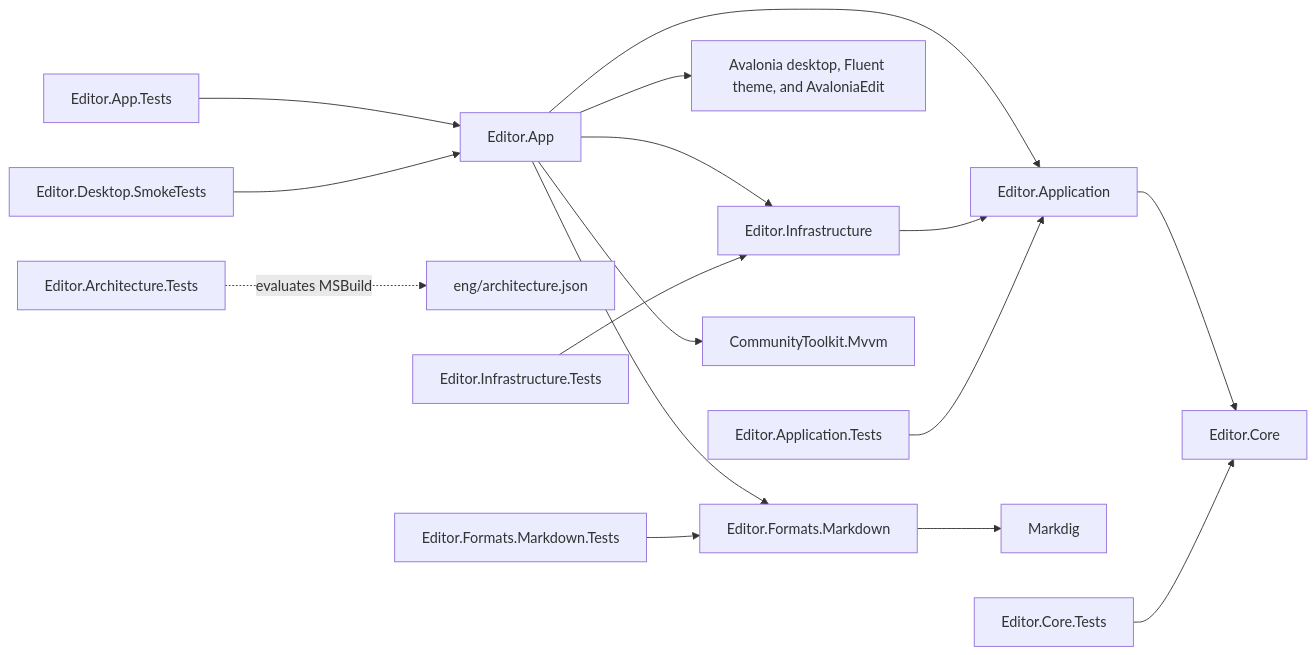
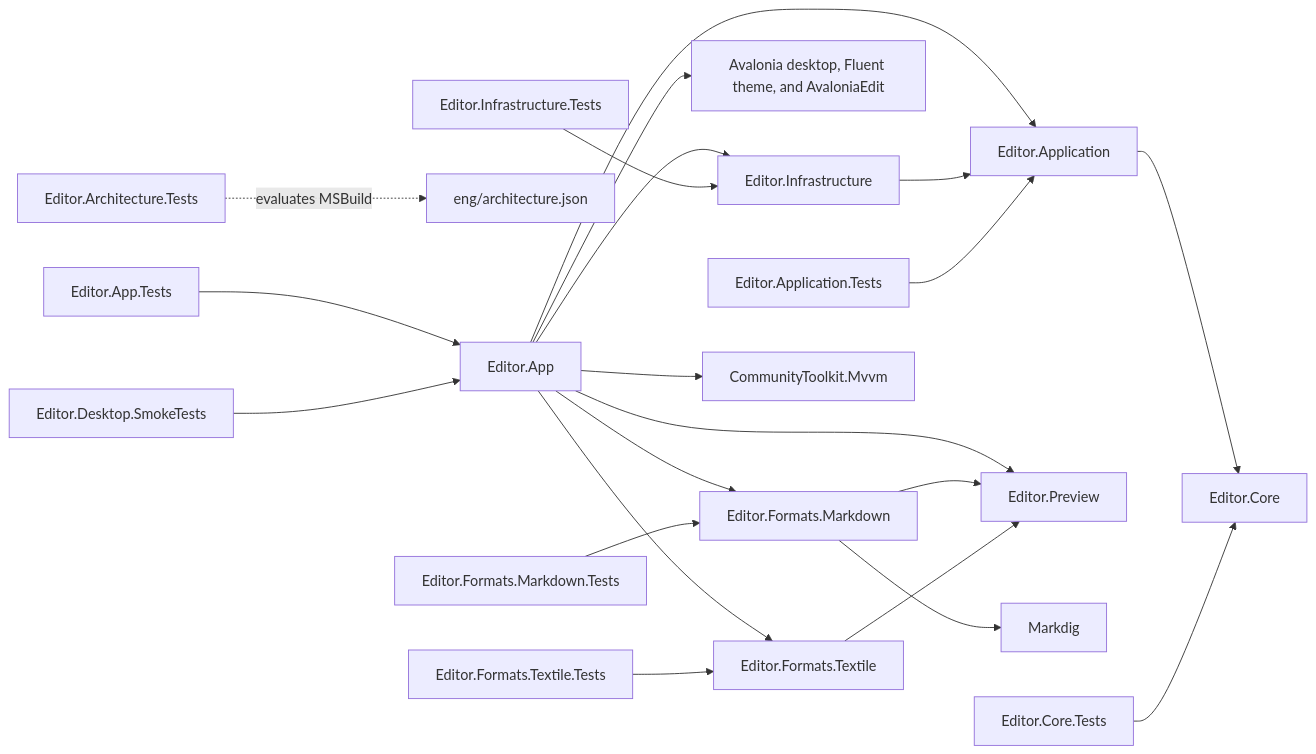
Before and after one commit to daniel-kindl/tangopad: the diagram in docs/architecture.md, drawn with Mermaid. The commit also changed other lines of this file and 37 other files, not shown here.

First line of the commit message:
feat(formats): add a safe offline Textile preview (#88)

````diff
--- a/docs/architecture.md
+++ b/docs/architecture.md
@@ -13,18 +13,23 @@
 ```mermaid
 flowchart LR
     App[Editor.App] --> Application[Editor.Application]
     App --> Infrastructure
     Application --> Core[Editor.Core]
     Infrastructure[Editor.Infrastructure] --> Application
     App --> Avalonia[Avalonia desktop, Fluent theme, and AvaloniaEdit]
     App --> Markdown[Editor.Formats.Markdown]
+    App --> Textile[Editor.Formats.Textile]
+    App --> Preview[Editor.Preview]
+    Markdown --> Preview
+    Textile --> Preview
     Markdown --> Markdig
     App --> Toolkit[CommunityToolkit.Mvvm]
     ArchitectureTests[Editor.Architecture.Tests] -. evaluates MSBuild .-> Policy[eng/architecture.json]
     ApplicationTests[Editor.Application.Tests] --> Application
     CoreTests[Editor.Core.Tests] --> Core
     InfrastructureTests[Editor.Infrastructure.Tests] --> Infrastructure
     MarkdownTests[Editor.Formats.Markdown.Tests] --> Markdown
+    TextileTests[Editor.Formats.Textile.Tests] --> Textile
     AppTests[Editor.App.Tests] --> App
     SmokeTests[Editor.Desktop.SmokeTests] --> App
 ```
````
